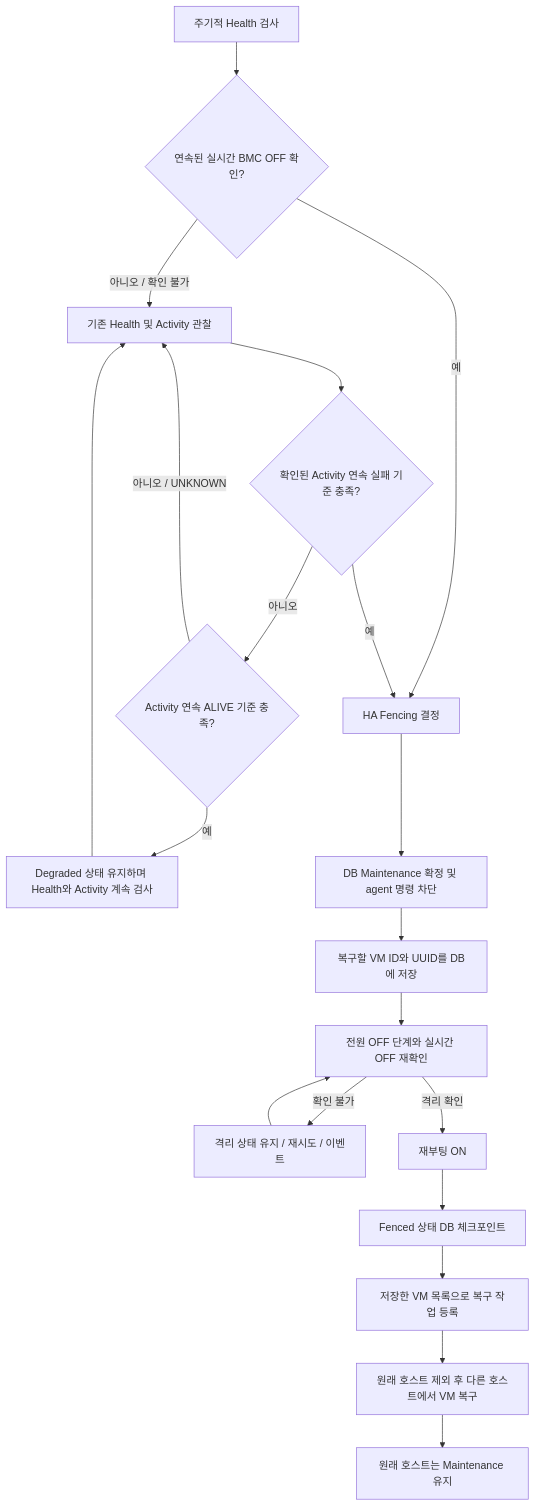
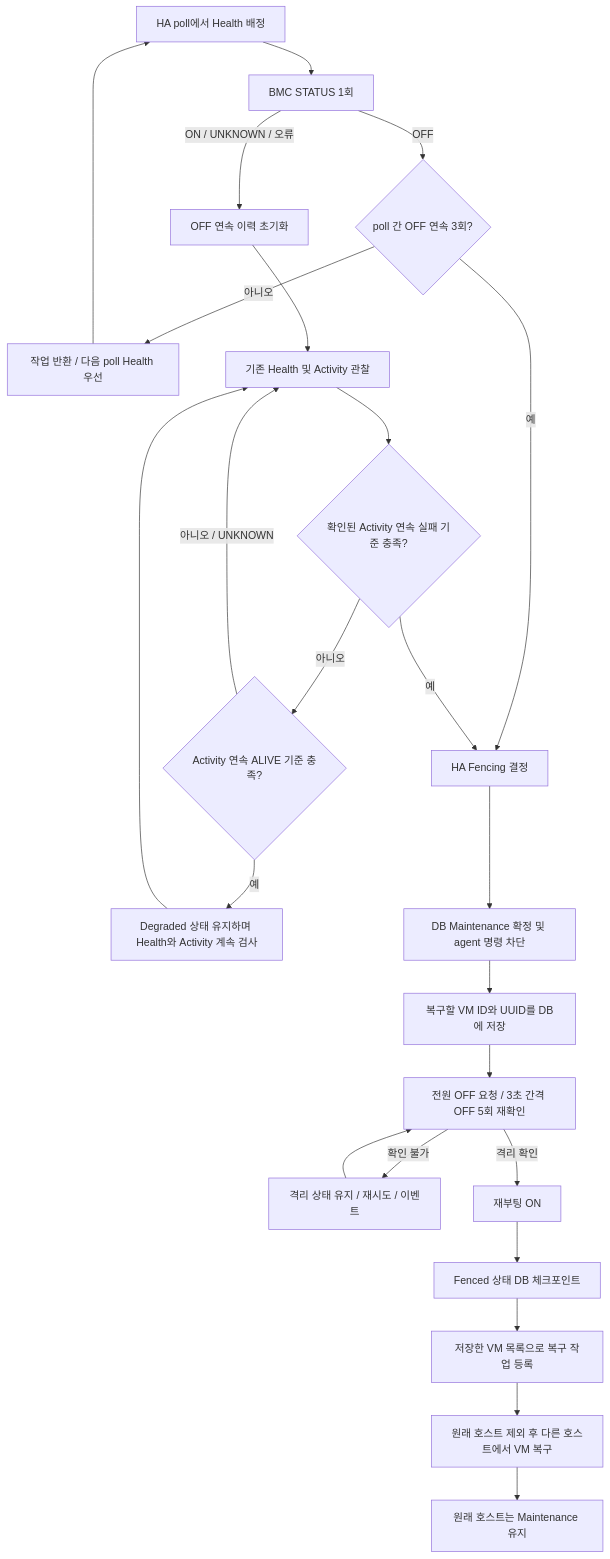
Before and after one commit to jschoiRR/ablestack-mold: the diagram in docs/design/europa-ha-safety-implementation-plan.md, drawn with Mermaid. The commit also changed other lines of this file and 13 other files, not shown here.

Commit message:
Observe BMC power once per HA health task

````diff
--- a/docs/design/europa-ha-safety-implementation-plan.md
+++ b/docs/design/europa-ha-safety-implementation-plan.md
@@ -34,22 +37,26 @@
 ```mermaid
 flowchart TD
-    A[주기적 Health 검사] --> B{연속된 실시간 BMC OFF 확인?}
-    B -->|예| F[HA Fencing 결정]
-    B -->|아니오 / 확인 불가| C[기존 Health 및 Activity 관찰]
+    A[HA poll에서 Health 배정] --> B[BMC STATUS 1회]
+    B -->|OFF| X{poll 간 OFF 연속 3회?}
+    X -->|예| F[HA Fencing 결정]
+    X -->|아니오| W[작업 반환 / 다음 poll Health 우선]
+    W --> A
+    B -->|ON / UNKNOWN / 오류| Y[OFF 연속 이력 초기화]
+    Y --> C[기존 Health 및 Activity 관찰]
     C --> D{확인된 Activity 연속 실패 기준 충족?}
     D -->|아니오| E{Activity 연속 ALIVE 기준 충족?}
     E -->|예| G[Degraded 상태 유지하며 Health와 Activity 계속 검사]
     E -->|아니오 / UNKNOWN| C
     G --> C
     D -->|예| F
     F --> Q[DB Maintenance 확정 및 agent 명령 차단]
     Q --> S[복구할 VM ID와 UUID를 DB에 저장]
-    S --> P[전원 OFF 단계와 실시간 OFF 재확인]
+    S --> P[전원 OFF 요청 / 3초 간격 OFF 5회 재확인]
     P -->|확인 불가| R[격리 상태 유지 / 재시도 / 이벤트]
     R --> P
     P -->|격리 확인| O[재부팅 ON]
     O --> K[Fenced 상태 DB 체크포인트]
     K --> J[저장한 VM 목록으로 복구 작업 등록]
     J --> V[원래 호스트 제외 후 다른 호스트에서 VM 복구]
     V --> M[원래 호스트는 Maintenance 유지]
 ```
````
